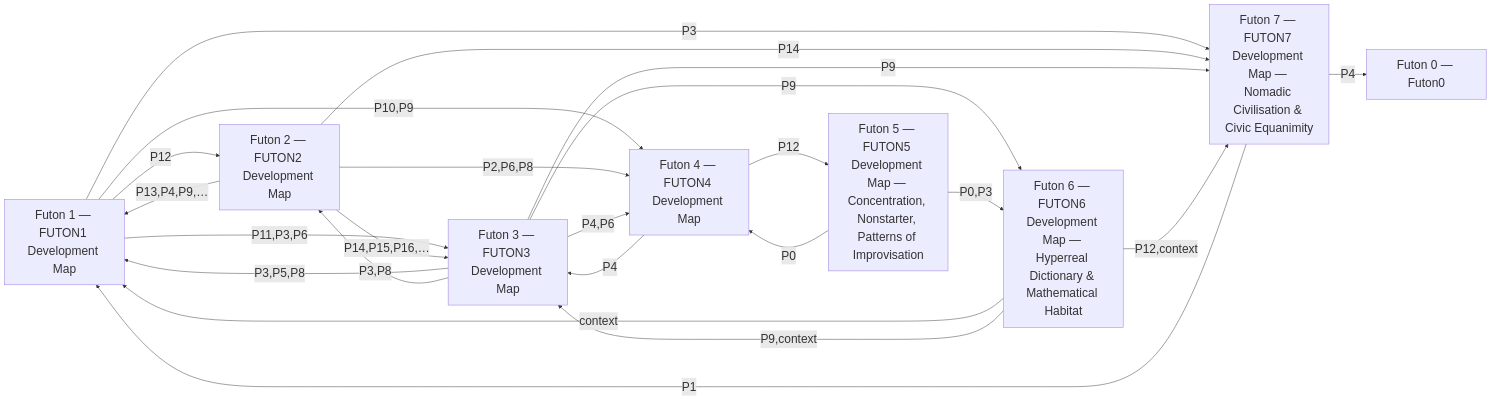
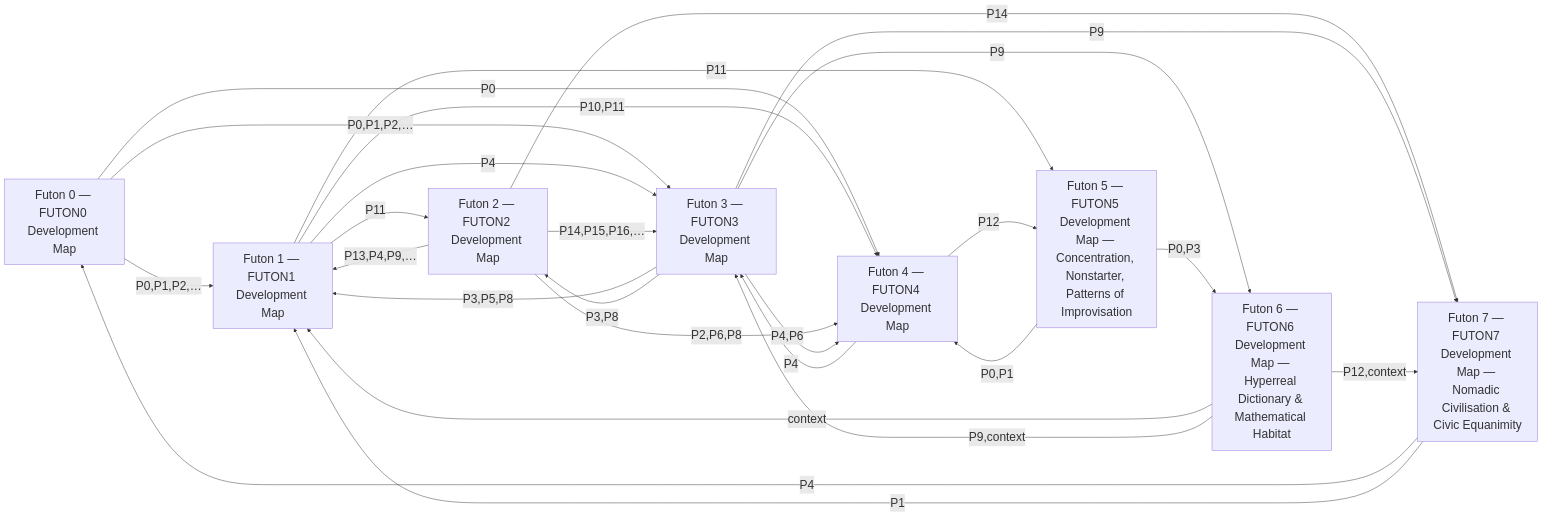
One commit to tothedarktowercame/futon3 changed the diagram in holes/artifacts/devmap-deps.mmd. Above: the diagram before and after it, drawn with Mermaid. The commit also changed 18 other files, not shown here.

```diff
--- a/holes/artifacts/devmap-deps.mmd
+++ b/holes/artifacts/devmap-deps.mmd
@@ -1,32 +1,35 @@
 %%{init: { 'themeVariables': { 'fontSize': '26px', 'labelTextSize': '24px' } }}%%
 graph LR
-  f0["Futon 0 — Futon0"]
+  f0["Futon 0 — FUTON0 Development Map"]
   f1["Futon 1 — FUTON1 Development Map"]
   f2["Futon 2 — FUTON2 Development Map"]
   f3["Futon 3 — FUTON3 Development Map"]
   f4["Futon 4 — FUTON4 Development Map"]
   f5["Futon 5 — FUTON5 Development Map — Concentration, Nonstarter, Patterns of Improvisation"]
   f6["Futon 6 — FUTON6 Development Map — Hyperreal Dictionary & Mathematical Habitat"]
   f7["Futon 7 — FUTON7 Development Map — Nomadic Civilisation & Civic Equanimity"]
-  f1 -->|P12| f2
-  f1 -->|P11,P3,P6| f3
-  f1 -->|P10,P9| f4
-  f1 -->|P3| f7
+  f0 -->|P0,P1,P2,…| f1
+  f0 -->|P0,P1,P2,…| f3
+  f0 -->|P0| f4
+  f1 -->|P11| f2
+  f1 -->|P4| f3
+  f1 -->|P10,P11| f4
+  f1 -->|P11| f5
   f2 -->|P13,P4,P9,…| f1
   f2 -->|P14,P15,P16,…| f3
   f2 -->|P2,P6,P8| f4
   f2 -->|P14| f7
   f3 -->|P3,P5,P8| f1
   f3 -->|P3,P8| f2
   f3 -->|P4,P6| f4
   f3 -->|P9| f6
   f3 -->|P9| f7
   f4 -->|P4| f3
   f4 -->|P12| f5
-  f5 -->|P0| f4
+  f5 -->|P0,P1| f4
   f5 -->|P0,P3| f6
   f6 -->|context| f1
   f6 -->|P9,context| f3
   f6 -->|P12,context| f7
   f7 -->|P4| f0
   f7 -->|P1| f1
```
